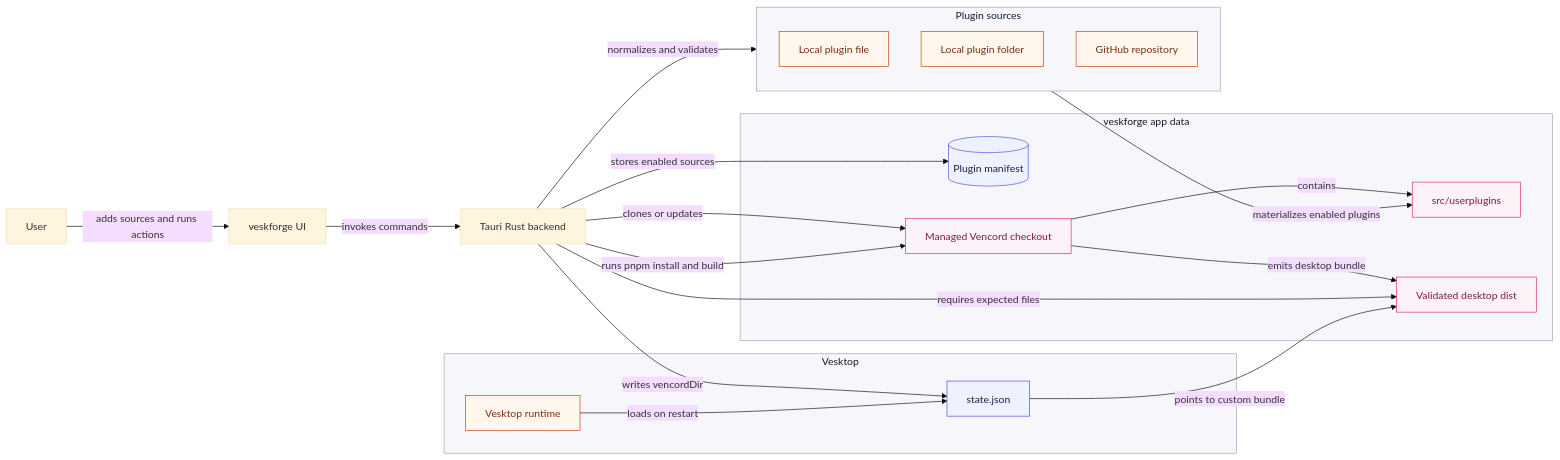
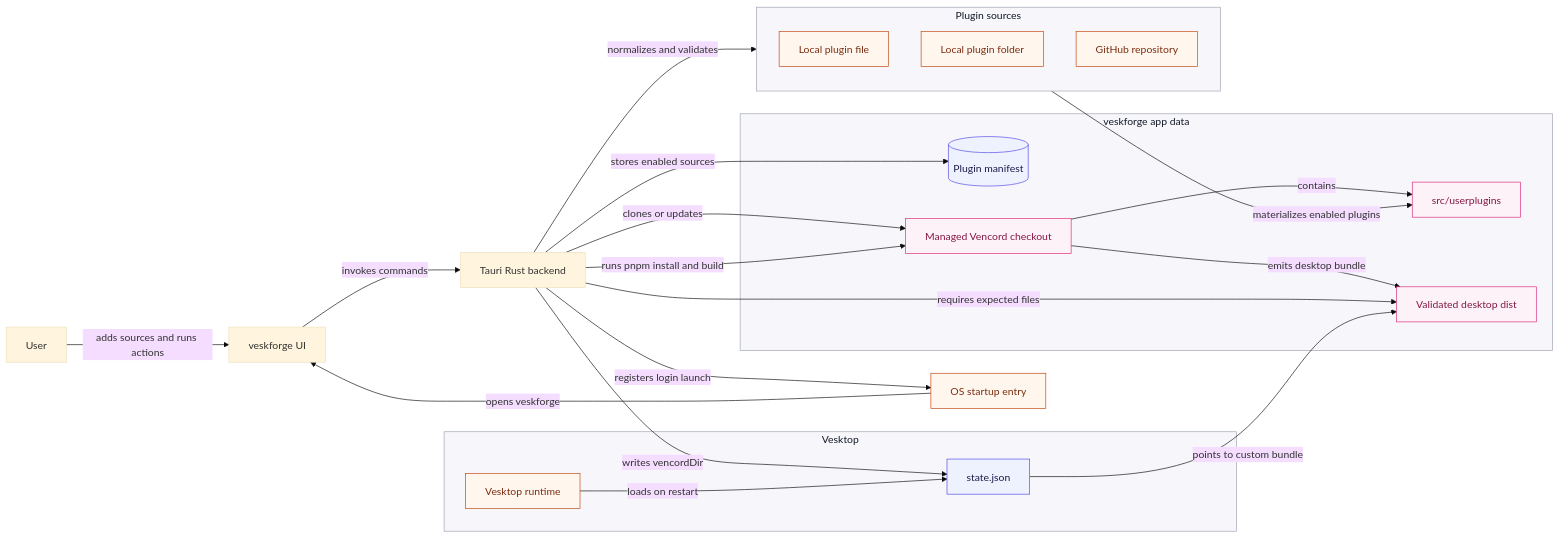
The diagram in README.md (Microck/veskforge), drawn with Mermaid (base theme) before and after one commit. The commit also changed other lines of this file and 9 other files, not shown here.

````diff
--- a/README.md
+++ b/README.md
@@ -92,44 +94,48 @@
 ```mermaid
 flowchart LR
   user["User"] -->|adds sources and runs actions| ui["veskforge UI"]
   ui -->|invokes commands| backend["Tauri Rust backend"]
 
   subgraph app_state["veskforge app data"]
     manifest[("Plugin manifest")]
     workspace["Managed Vencord checkout"]
     userplugins["src/userplugins"]
     dist["Validated desktop dist"]
   end
+
+  startup["OS startup entry"]
 
   subgraph plugin_sources["Plugin sources"]
     local_file["Local plugin file"]
     local_folder["Local plugin folder"]
     github_repo["GitHub repository"]
   end
 
   subgraph vesktop_state["Vesktop"]
     state_json["state.json"]
     vesktop["Vesktop runtime"]
   end
 
   backend -->|stores enabled sources| manifest
+  backend -->|registers login launch| startup
+  startup -->|opens veskforge| ui
   backend -->|normalizes and validates| plugin_sources
   plugin_sources -->|materializes enabled plugins| userplugins
   backend -->|clones or updates| workspace
   workspace -->|contains| userplugins
   backend -->|runs pnpm install and build| workspace
   workspace -->|emits desktop bundle| dist
   backend -->|requires expected files| dist
   backend -->|writes vencordDir| state_json
   state_json -->|points to custom bundle| dist
   vesktop -->|loads on restart| state_json
 
   classDef boundary fill:#f7f7fb,stroke:#9ca3af,color:#111827
   classDef storage fill:#eef2ff,stroke:#4f46e5,color:#1e1b4b
   classDef build fill:#fdf2f8,stroke:#db2777,color:#831843
   classDef external fill:#fff7ed,stroke:#c2410c,color:#7c2d12
   class app_state,plugin_sources,vesktop_state boundary
   class manifest,state_json storage
   class workspace,userplugins,dist build
-  class local_file,local_folder,github_repo,vesktop external
+  class startup,local_file,local_folder,github_repo,vesktop external
 ```
````
